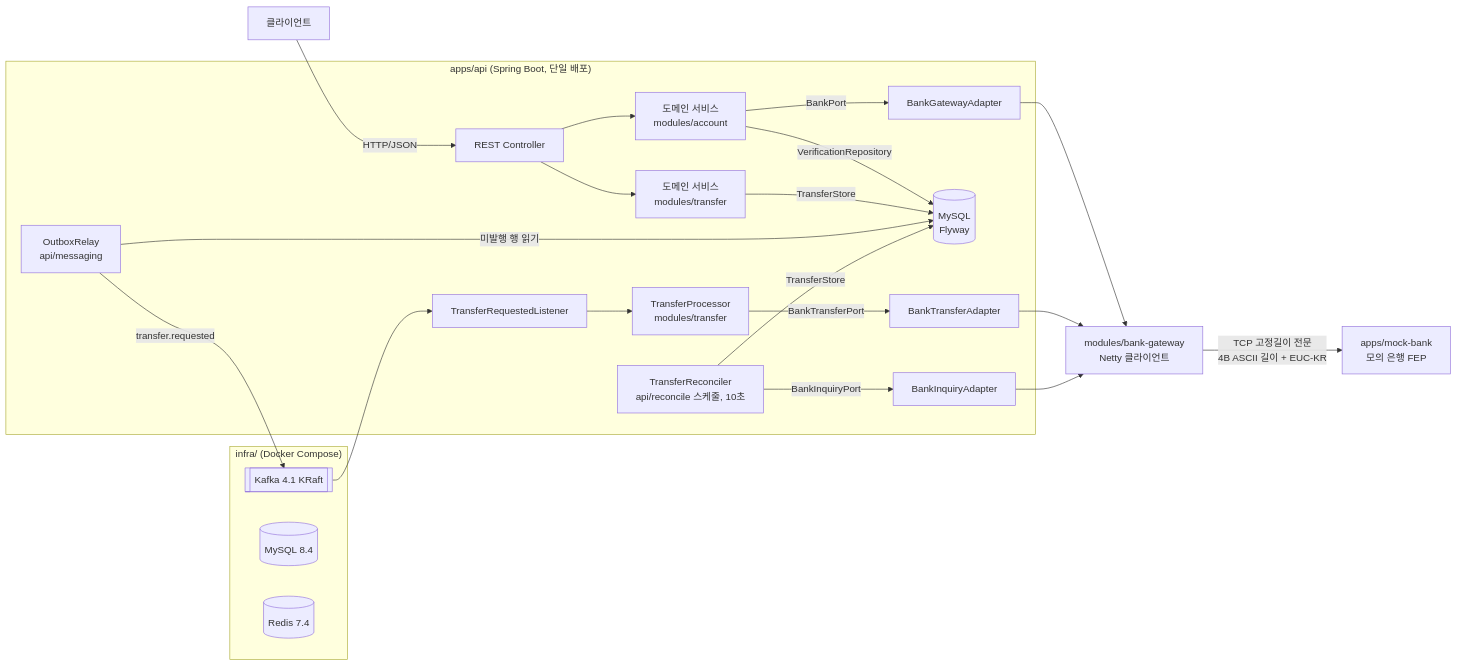
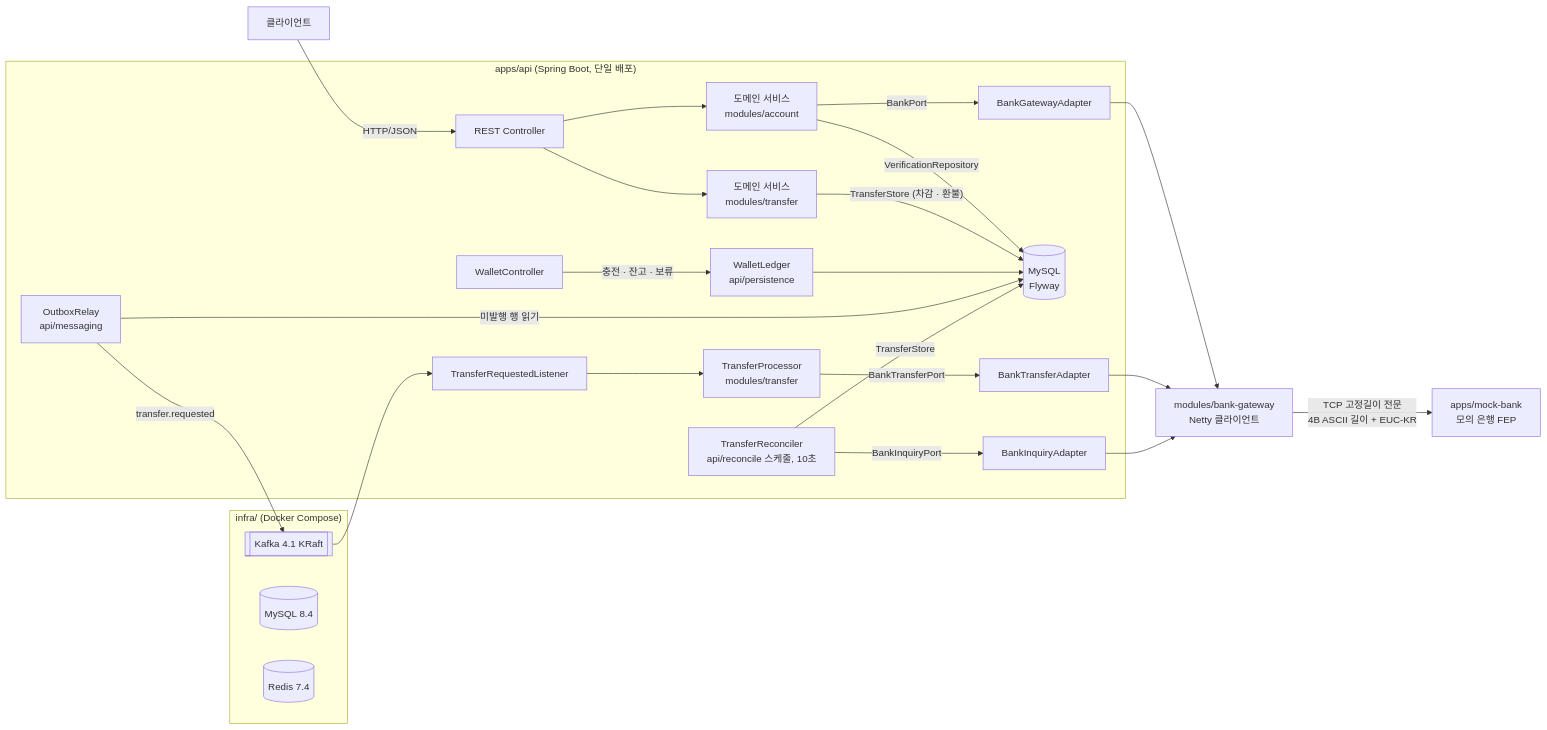
The first of 6 diagrams in ARCHITECTURE.md (hyeokjinON/bank-transfer), drawn with Mermaid before and after one commit. The commit also changed other lines of this file and 18 other files, not shown here.

````diff
--- a/ARCHITECTURE.md
+++ b/ARCHITECTURE.md
@@ -7,31 +7,33 @@
 ```mermaid
 flowchart LR
     C[클라이언트] -- "HTTP/JSON" --> API
 
     subgraph app ["apps/api (Spring Boot, 단일 배포)"]
         API[REST Controller] --> SVC[도메인 서비스<br/>modules/account]
+        WAL[WalletController] -- "충전 · 잔고 · 보류" --> WL[WalletLedger<br/>api/persistence]
         SVC -- "BankPort" --> ADP[BankGatewayAdapter]
         SVC -- "VerificationRepository" --> REPO[(MySQL<br/>Flyway)]
         API --> TRF[도메인 서비스<br/>modules/transfer]
-        TRF -- "TransferStore" --> REPO
+        TRF -- "TransferStore (차감 · 환불)" --> REPO
+        WL --> REPO
         RELAY[OutboxRelay<br/>api/messaging] -- "미발행 행 읽기" --> REPO
         LSN[TransferRequestedListener] --> PROC[TransferProcessor<br/>modules/transfer]
         PROC -- "BankTransferPort" --> TADP[BankTransferAdapter]
         REC[TransferReconciler<br/>api/reconcile 스케줄, 10초] -- "TransferStore" --> REPO
         REC -- "BankInquiryPort" --> IADP[BankInquiryAdapter]
     end
 
     RELAY -- "transfer.requested" --> KF
     KF --> LSN
 
     ADP --> GW["modules/bank-gateway<br/>Netty 클라이언트"]
     TADP --> GW
     IADP --> GW
     GW -- "TCP 고정길이 전문<br/>4B ASCII 길이 + EUC-KR" --> BANK["apps/mock-bank<br/>모의 은행 FEP"]
 
     subgraph infra ["infra/ (Docker Compose)"]
         MY[(MySQL 8.4)]
         KF[[Kafka 4.1 KRaft]]
         RD[(Redis 7.4)]
     end
 ```
````
